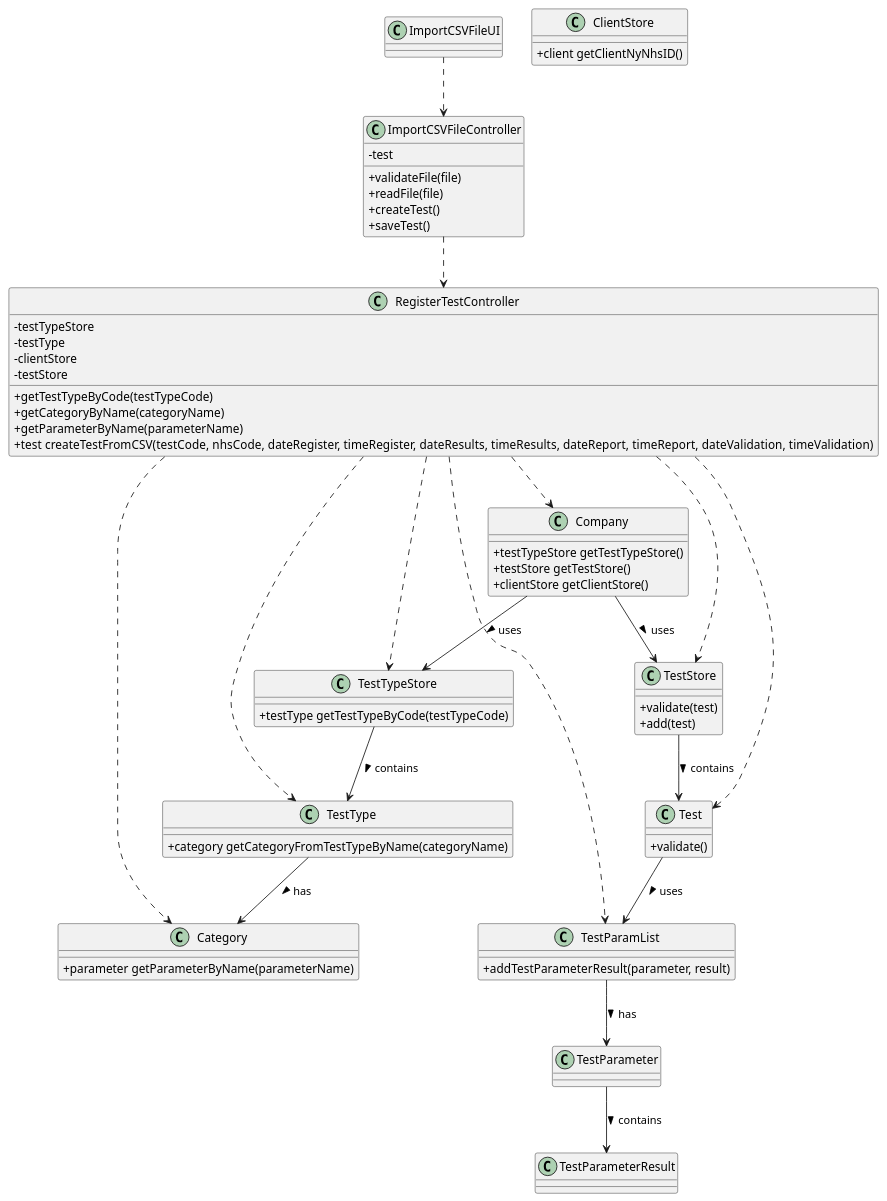
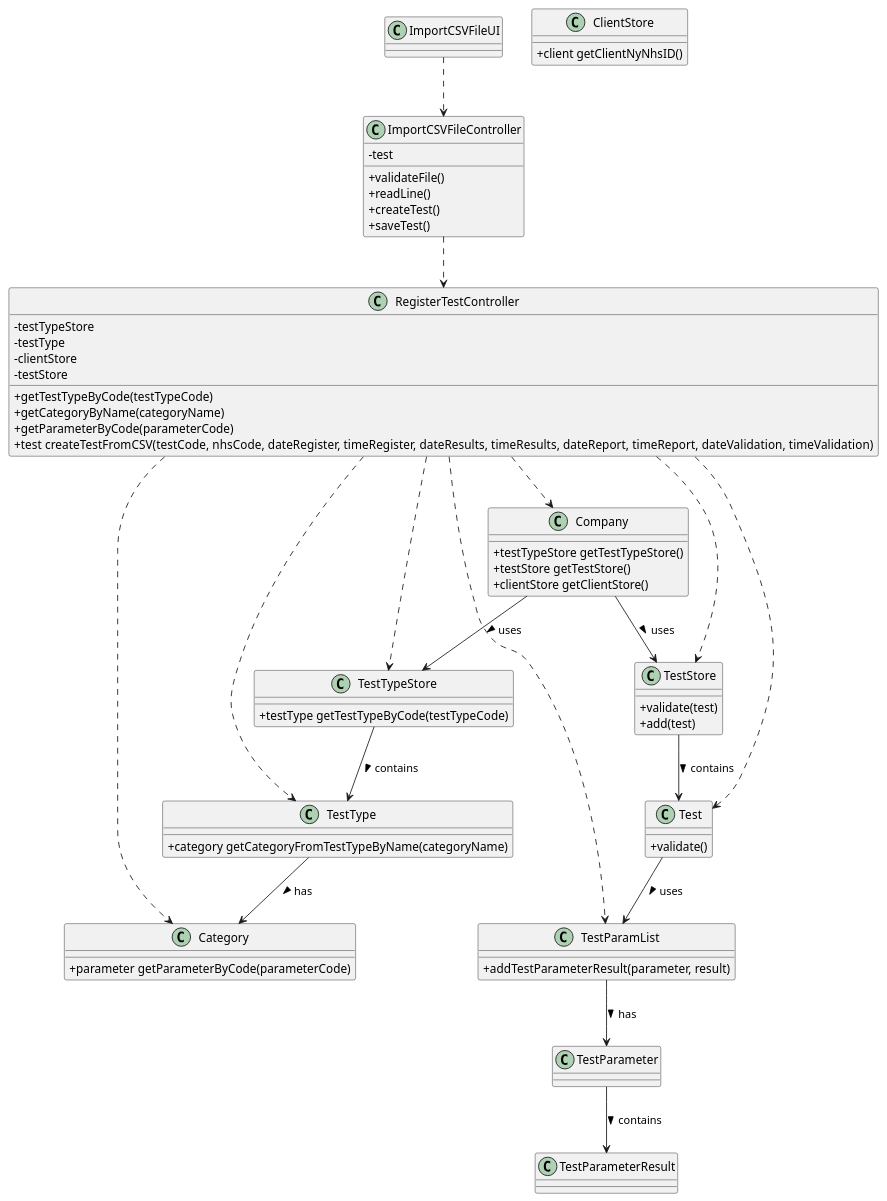
Before and after one commit to MadDinosaur/ISEP-LAPR2: the diagram in docs/SprintD/US17/US17_CD.puml, drawn with PlantUML. The commit also changed 15 other files, not shown here.

Commit message:
US17: changed some stuff related to the sequence diagram and to the class diagram; added a q&a from the client; implemented most of the code required for this user story; merged the date and time attributes of test to one attribute: dateTime.

```diff
--- a/docs/SprintD/US17/US17_CD.puml
+++ b/docs/SprintD/US17/US17_CD.puml
@@ -1,94 +1,94 @@
 @startuml
 
 skinparam classAttributeIconSize 0
 
 class ImportCSVFileUI
 
 class ImportCSVFileController {
 -test
 
-+validateFile(file)
-+readFile(file)
++validateFile()
++readLine()
 +createTest()
 +saveTest()
 }
 
 class RegisterTestController {
 -testTypeStore
 -testType
 -clientStore
 -testStore
 
 +getTestTypeByCode(testTypeCode)
 +getCategoryByName(categoryName)
-+getParameterByName(parameterName)
++getParameterByCode(parameterCode)
 +test createTestFromCSV(testCode, nhsCode, dateRegister, timeRegister, dateResults, timeResults,  dateReport, timeReport,  dateValidation, timeValidation)
 
 }
 
 class Company {
 +testTypeStore getTestTypeStore()
 +testStore getTestStore()
 +clientStore getClientStore()
 }
 
 class TestTypeStore {
 +testType getTestTypeByCode(testTypeCode)
 }
 
 class TestStore {
 +validate(test)
 +add(test)
 }
 
 class Test {
 +validate()
 }
 
 class TestType {
 +category getCategoryFromTestTypeByName(categoryName)
 }
 
 class TestParameterResult
 
 class TestParamList {
 +addTestParameterResult(parameter, result)
 }
 
 class Category {
-+parameter getParameterByName(parameterName)
++parameter getParameterByCode(parameterCode)
 }
 
 class TestParameter
 
 class ClientStore {
 +client getClientNyNhsID()
 }
 
 
 ImportCSVFileUI ..> ImportCSVFileController
 ImportCSVFileController ..> RegisterTestController
 
 Company -down-> TestStore: uses >
 Company -down-> TestTypeStore: uses >
 
 TestStore -down-> Test: contains >
 TestTypeStore -down-> TestType: contains >
 
 TestType -down-> Category: has >
 
 TestParameter -down-> TestParameterResult: contains >
 
 Test -down-> TestParamList: uses >
 
 TestParamList -down-> TestParameter: has >
 
 RegisterTestController ..> TestStore
 RegisterTestController ..> TestTypeStore
 RegisterTestController ..> TestParamList
 RegisterTestController ..> Test
 RegisterTestController ..> Company
 RegisterTestController ..> TestType
 RegisterTestController ..> Category
 
 @enduml
```
